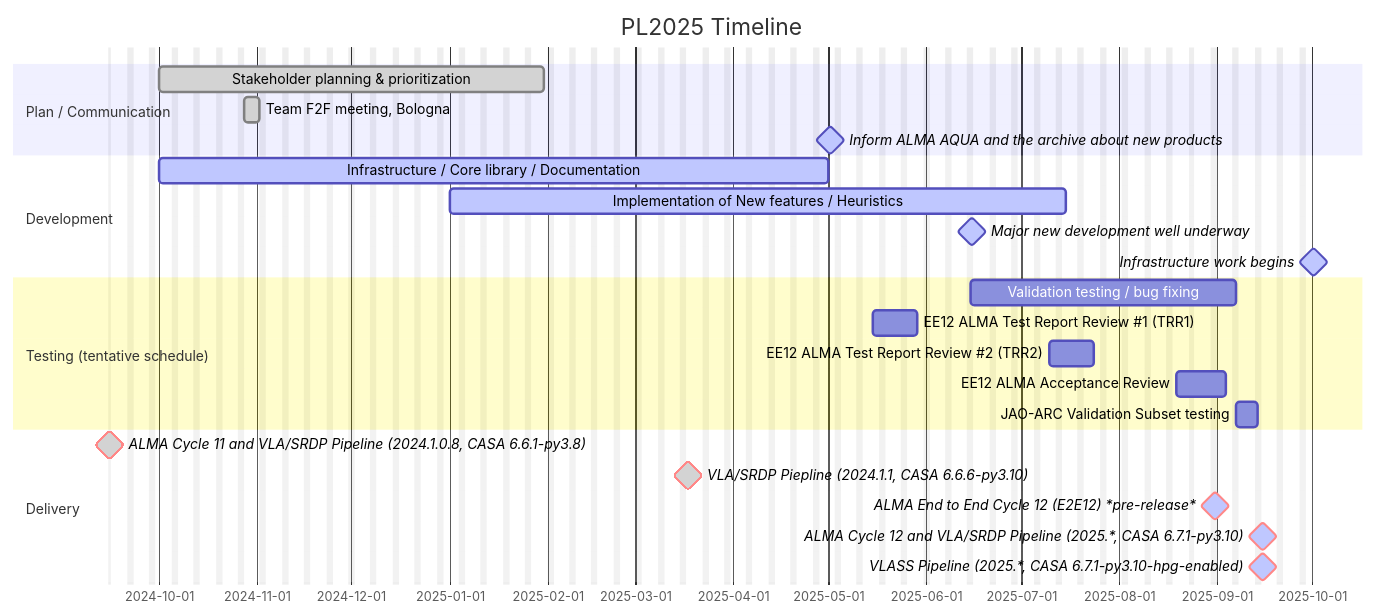
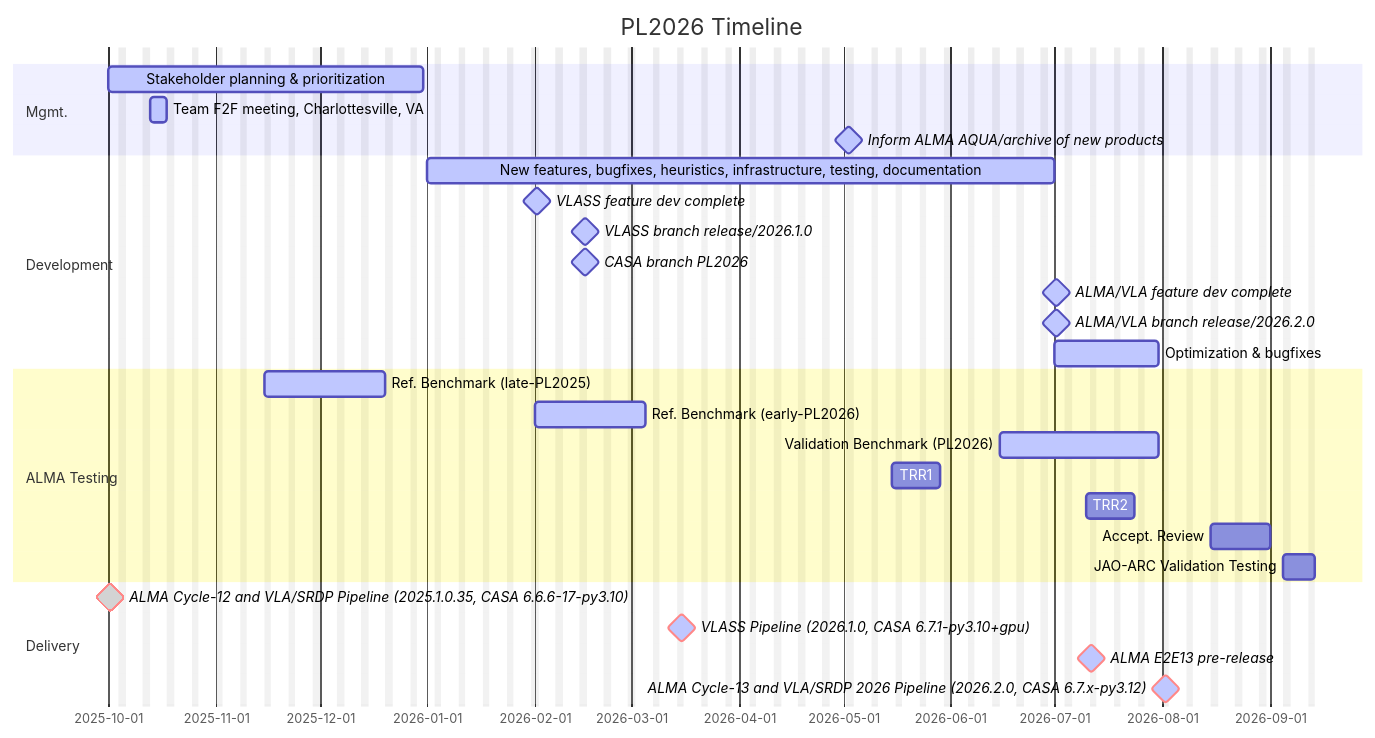
Before and after one commit to r-xue/pipeline: the first of 2 diagrams in docs/source/timeline.rst, drawn with Mermaid. The commit also changed other lines of this file, not shown here.

Commit message:
PIPE-2738: update PL2026 development timeline and branching plans.

```diff
--- a/docs/source/timeline.rst
+++ b/docs/source/timeline.rst
@@ -4,31 +4,44 @@
 .. mermaid::
 
     gantt
-        title PL2025 Timeline
+        title PL2026 Timeline
         dateFormat  YYYY-MM-DD
         excludes weekends
-        
-        section Plan / Communication
-        Stakeholder planning & prioritization    :done, des1, 2024-10-01, 2025-01-31
-        Team F2F meeting, Bologna               :done, 2024-10-28, 5d
-        Inform ALMA AQUA and the archive about new products :active, milestone, 2025-05-01, 1d
+
+        section Mgmt.
+
+        Stakeholder planning & prioritization    :active, des1, 2025-10-01, 2025-12-31
+        Team F2F meeting, Charlottesville, VA               :active, 2025-10-13, 5d
+        Inform ALMA AQUA/archive of new products :active, milestone, 2026-05-01, 1d
 
         section Development
-        Infrastructure / Core library / Documentation  :active, 2024-10-01, 2025-05-01
-        Implementation of New features / Heuristics :active, 2025-01-01, 2025-07-15
-        Major new development well underway     :active, milestone, 2025-06-15, 1d
-        Infrastructure work begins               :active, milestone, 2025-10-01, 1d
 
-        section Testing (tentative schedule)
-        Validation testing / bug fixing             :test1, 2025-06-15, 2025-09-07
-        EE12 ALMA Test Report Review #1 (TRR1)      :test2, 2025-05-15, 2025-05-29
-        EE12 ALMA Test Report Review #2 (TRR2)      :test3, 2025-07-10, 2025-07-24
-        EE12 ALMA Acceptance Review                 :test4, 2025-08-19, 2025-09-04
-        JAO-ARC Validation Subset testing           :test5, 2025-09-07, 2025-09-14
+        New features, bugfixes, heuristics, infrastructure, testing, documentation :active, 2026-01-01, 2026-07-01
+
+        VLASS feature dev complete     :active, milestone, 2026-02-01, 1d
+        VLASS branch release/2026.1.0              :active, milestone, 2026-02-15, 1d
+
+        CASA branch PL2026 :active, milestone, 2026-02-15, 1d
+
+        ALMA/VLA feature dev complete     :active, milestone, 2026-07-01, 1d
+        ALMA/VLA branch release/2026.2.0              :active, milestone, 2026-07-01, 1d
+        Optimization & bugfixes        :active, 2026-07-01, 2026-07-31
+
+
+        section ALMA Testing
+
+        Ref. Benchmark (late-PL2025) :active, 2025-11-15, 2025-12-20
+        Ref. Benchmark (early-PL2026)        :active, 2026-02-01, 2026-03-05
+        Validation Benchmark (PL2026)        :active, 2026-06-15, 2026-07-31
+
+        TRR1      :test2, 2026-05-15, 2026-05-29
+        TRR2      :test3, 2026-07-10, 2026-07-24
+        Accept. Review                 :test4, 2026-08-15, 2026-09-01
+        JAO-ARC Validation Testing           :test5, 2026-09-05, 2026-09-14
 
         section Delivery
-        ALMA Cycle 11 and VLA/SRDP Pipeline (2024.1.0.8, CASA 6.6.1-py3.8) :done, crit, milestone, 2024-09-15, 1d
-        VLA/SRDP Piepline (2024.1.1, CASA 6.6.6-py3.10) :done, crit, milestone, 2025-03-17, 1d
-        ALMA End to End Cycle 12 (E2E12) *pre-release* :active, crit, milestone, 2025-08-31, 1d
-        ALMA Cycle 12 and VLA/SRDP Pipeline (2025.*, CASA 6.7.1-py3.10) :active, crit, milestone, 2025-09-15, 1d
-        VLASS Pipeline (2025.*, CASA 6.7.1-py3.10-hpg-enabled) :active, crit, milestone, 2025-09-15, 1d
+
+        ALMA Cycle-12 and VLA/SRDP Pipeline (2025.1.0.35, CASA 6.6.6-17-py3.10) :done, crit, milestone, 2025-10-01, 1d
+        VLASS Pipeline (2026.1.0, CASA 6.7.1-py3.10+gpu) :active, crit, milestone, 2026-03-15, 1d
+        ALMA E2E13 pre-release :active, crit, milestone, 2026-07-10, 1d
+        ALMA Cycle-13 and VLA/SRDP 2026 Pipeline (2026.2.0, CASA 6.7.x-py3.12) :active, crit, milestone, 2026-08-01, 1d
```
